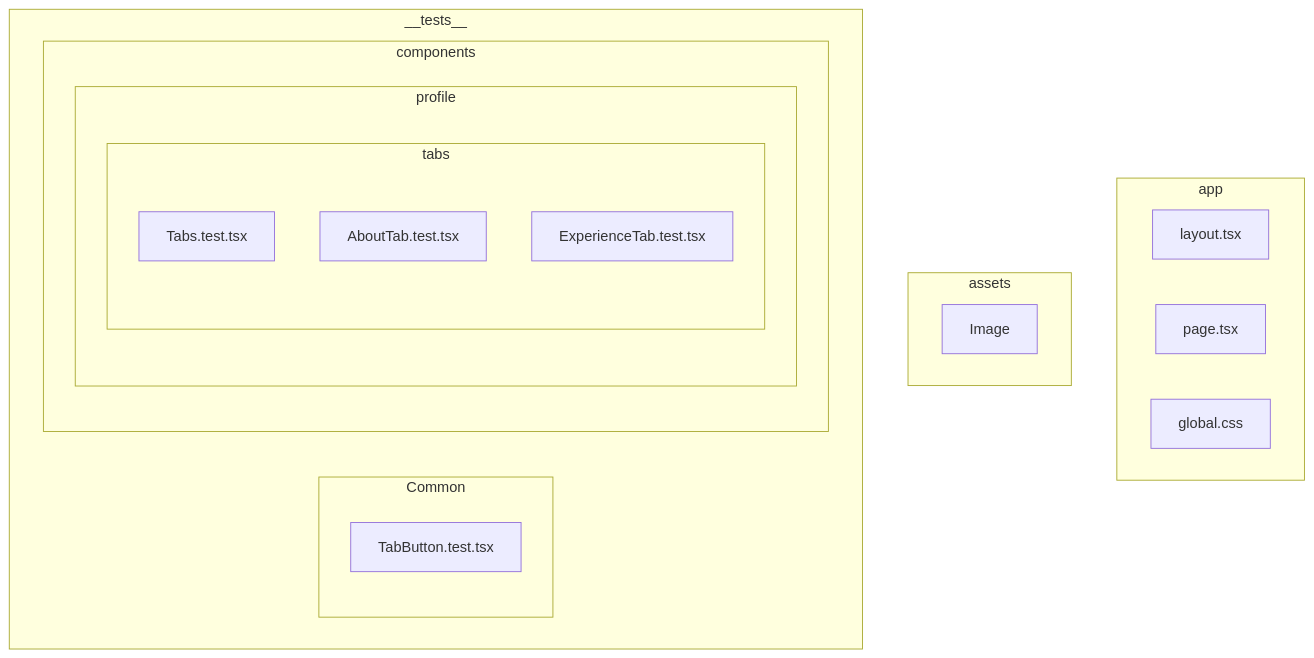
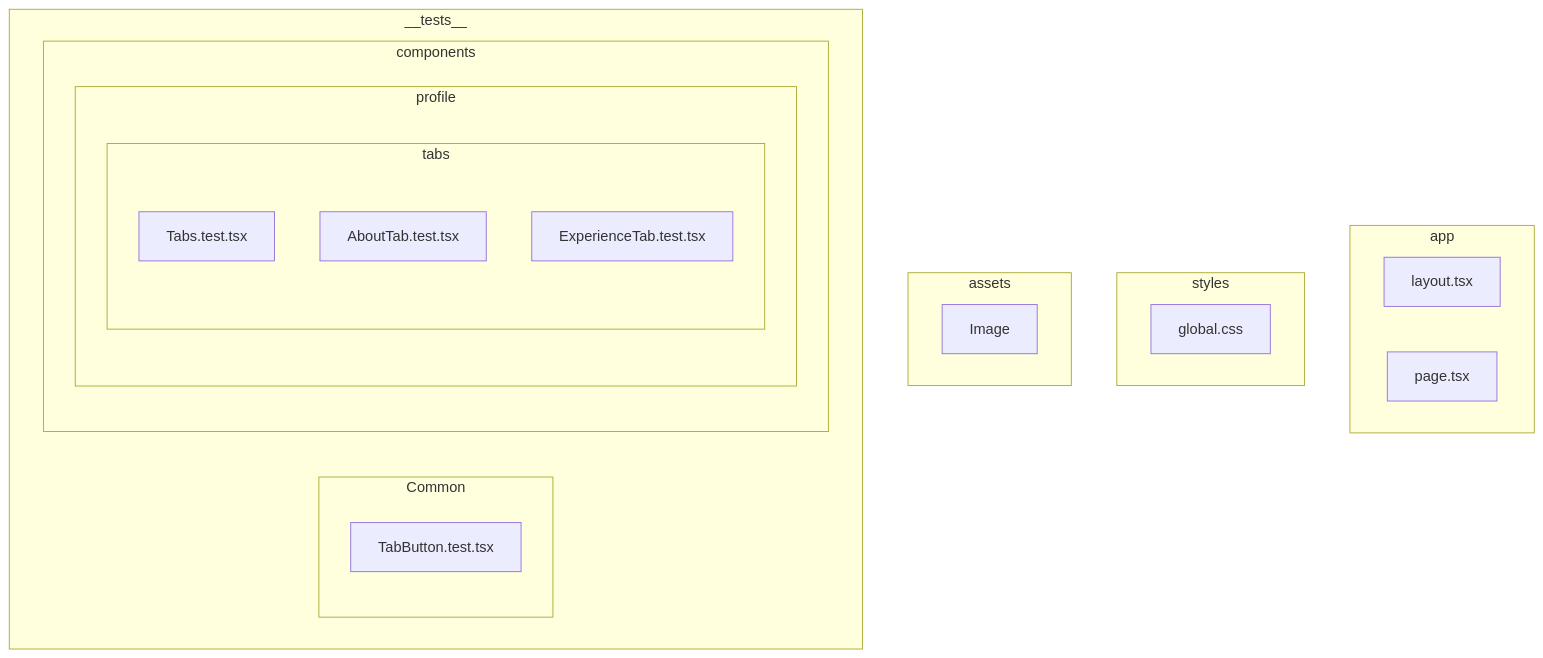
One commit to Chen-Abudi/my-profile-card changed the second of 2 diagrams in README.md. Above: the diagram before and after it, drawn with Mermaid. The commit also changed other lines of this file, not shown here.

````diff
--- a/README.md
+++ b/README.md
@@ -69,31 +69,34 @@
 ```mermaid
 
 flowchart TD
   subgraph app
     layout[layout.tsx]
     page[page.tsx]
+  end
+
+  subgraph styles
     globalcss[global.css]
   end
 
   subgraph assets
     image[Image]
   end
 
   subgraph __tests__
     subgraph Common
       tabbuttontest[TabButton.test.tsx]
     end
 
     subgraph components
       subgraph profile
         subgraph tabs
           tabstest[Tabs.test.tsx]
           abouttabtest[AboutTab.test.tsx]
           experiencetabtest[ExperienceTab.test.tsx]
         end
       end
     end
   end
 
 
 ```
````
